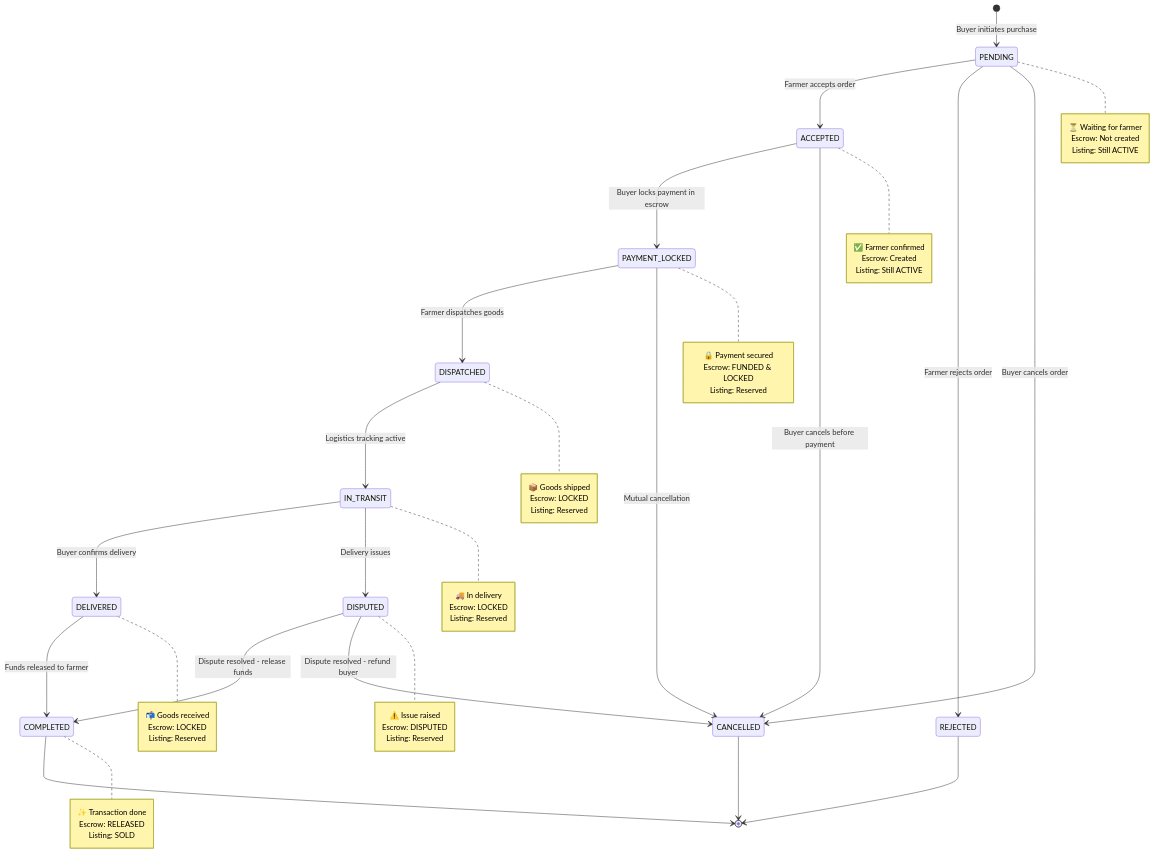
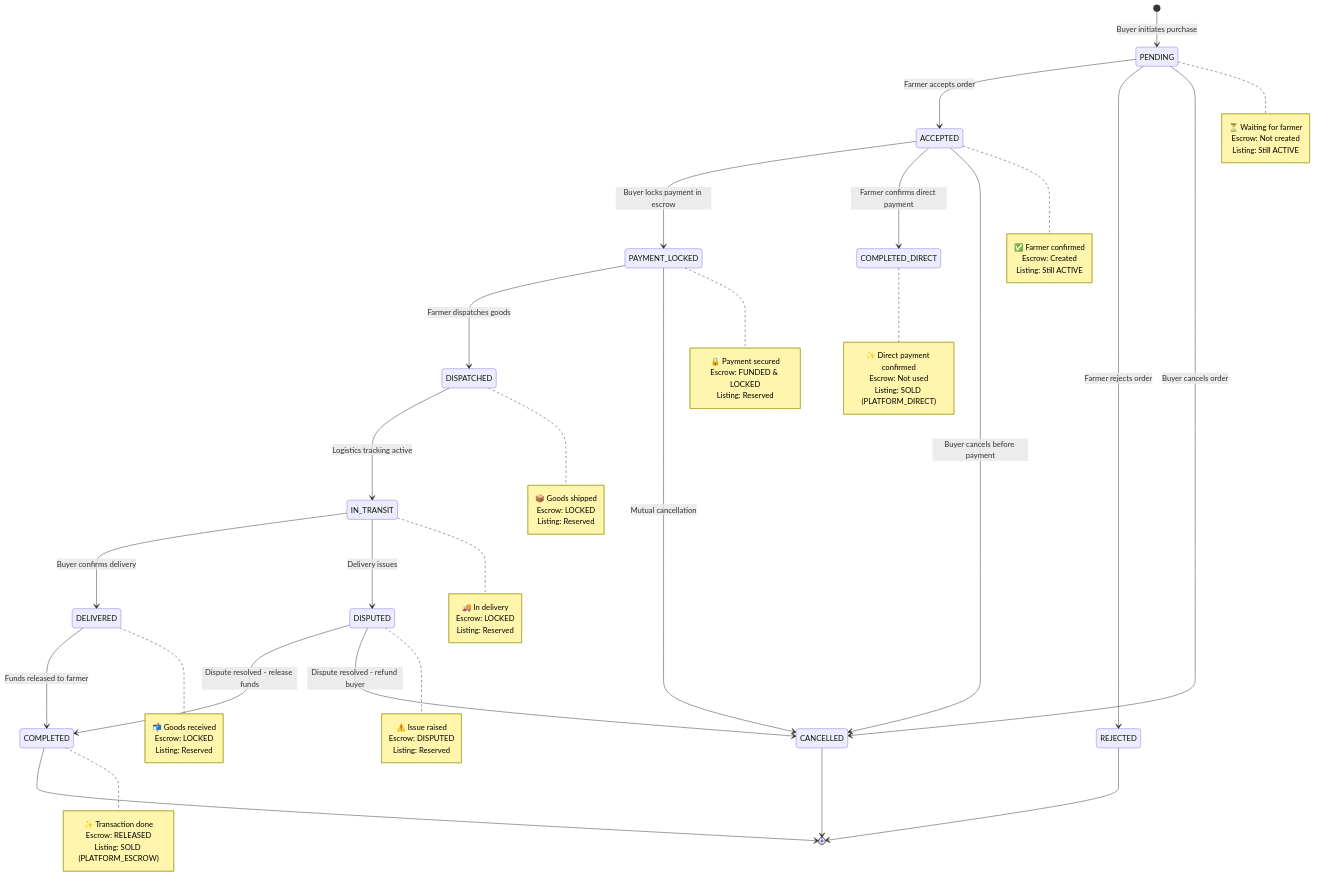
Before and after one commit to omband007/BharatMandi: the third of 5 diagrams in .kiro/specs/shared/state-diagrams.md, drawn with Mermaid. The commit also changed other lines of this file, not shown here.

First line of the commit message:
feat: update state-diagrams.md with manual sale confirmation and direct payment

```diff
--- a/.kiro/specs/shared/state-diagrams.md
+++ b/.kiro/specs/shared/state-diagrams.md
@@ -89,6 +92,7 @@
     PENDING --> CANCELLED: Buyer cancels order
     
     ACCEPTED --> PAYMENT_LOCKED: Buyer locks payment in escrow
+    ACCEPTED --> COMPLETED_DIRECT: Farmer confirms direct payment
     ACCEPTED --> CANCELLED: Buyer cancels before payment
     
     PAYMENT_LOCKED --> DISPATCHED: Farmer dispatches goods
@@ -147,7 +151,13 @@
     note right of COMPLETED
         ✨ Transaction done
         Escrow: RELEASED
-        Listing: SOLD
+        Listing: SOLD (PLATFORM_ESCROW)
+    end note
+    
+    note right of COMPLETED_DIRECT
+        ✨ Direct payment confirmed
+        Escrow: Not used
+        Listing: SOLD (PLATFORM_DIRECT)
     end note
     
     note right of DISPUTED
```
